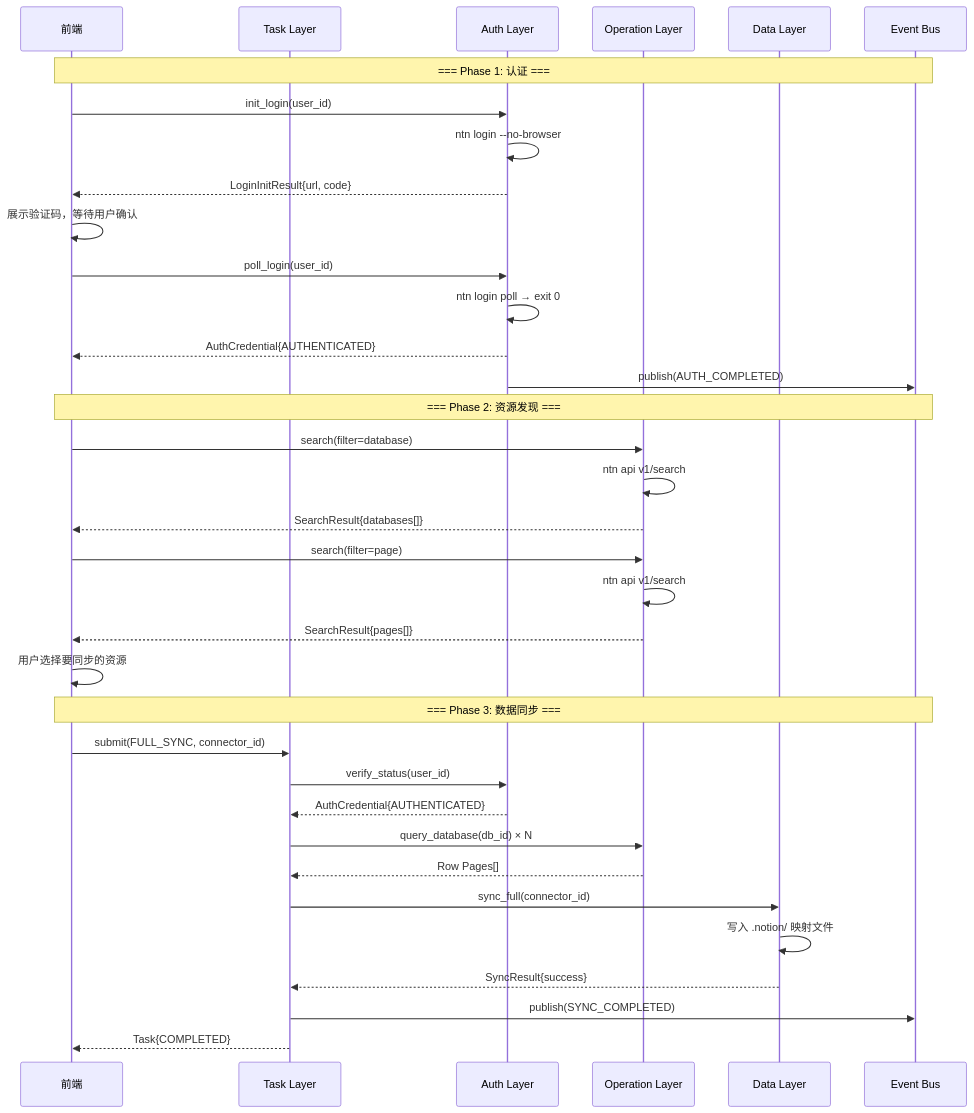
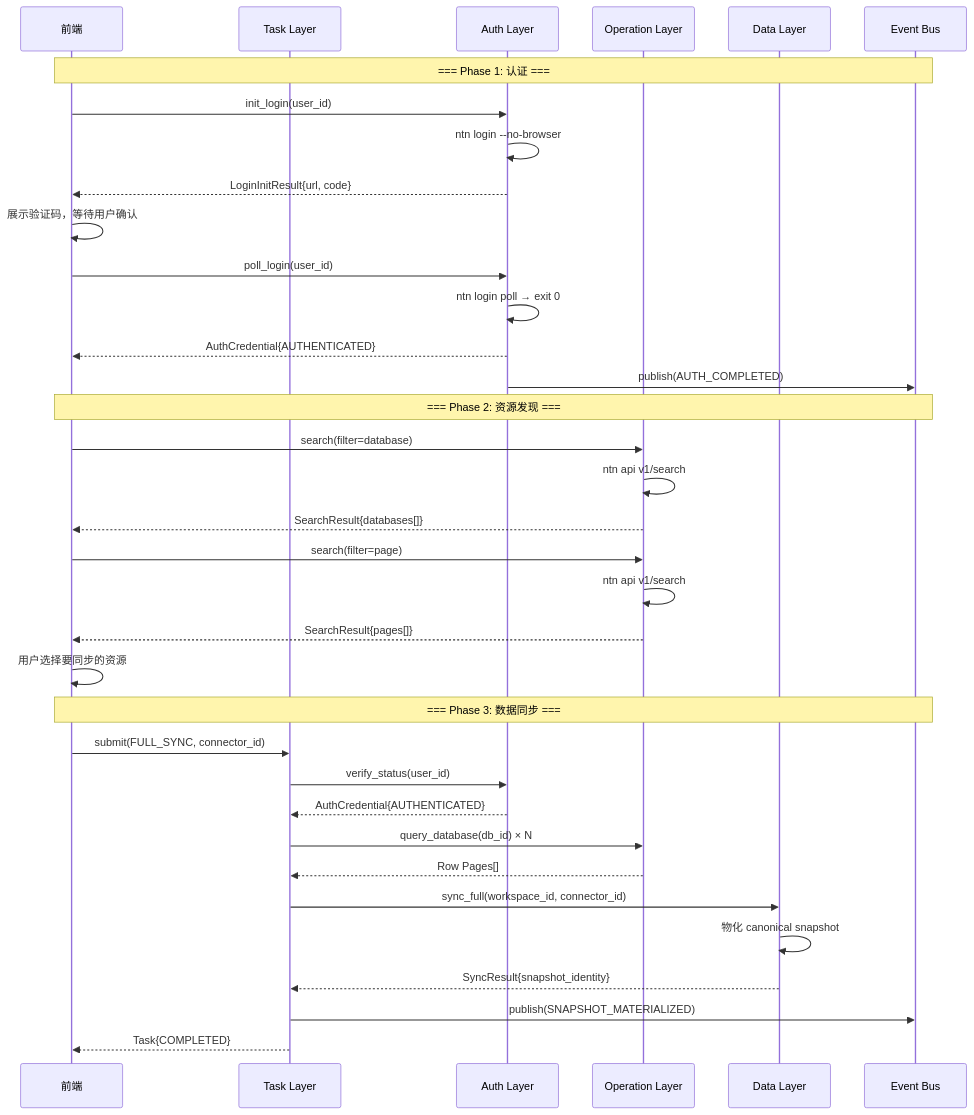
One commit to glide-the/im-dream changed diagram 12 of 18 in docs/design/claude-agent/notion-point/resource-connector-flowcharts.md. Above: the diagram before and after it, drawn with Mermaid. The commit also changed other lines of this file and 16 other files, not shown here.

First line of the commit message:
feat(notion): implement canonical snapshot and resource connector integration

````diff
--- a/docs/design/claude-agent/notion-point/resource-connector-flowcharts.md
+++ b/docs/design/claude-agent/notion-point/resource-connector-flowcharts.md
@@ -370,40 +344,40 @@
 ```mermaid
 sequenceDiagram
     participant FE as 前端
     participant Task as Task Layer
     participant Auth as Auth Layer
     participant Ops as Operation Layer
     participant Data as Data Layer
     participant Bus as Event Bus
 
     Note over FE,Bus: === Phase 1: 认证 ===
     FE->>Auth: init_login(user_id)
     Auth->>Auth: ntn login --no-browser
     Auth-->>FE: LoginInitResult{url, code}
     FE->>FE: 展示验证码，等待用户确认
     FE->>Auth: poll_login(user_id)
     Auth->>Auth: ntn login poll → exit 0
     Auth-->>FE: AuthCredential{AUTHENTICATED}
     Auth->>Bus: publish(AUTH_COMPLETED)
 
     Note over FE,Bus: === Phase 2: 资源发现 ===
     FE->>Ops: search(filter=database)
     Ops->>Ops: ntn api v1/search
     Ops-->>FE: SearchResult{databases[]}
     FE->>Ops: search(filter=page)
     Ops->>Ops: ntn api v1/search
     Ops-->>FE: SearchResult{pages[]}
     FE->>FE: 用户选择要同步的资源
 
     Note over FE,Bus: === Phase 3: 数据同步 ===
     FE->>Task: submit(FULL_SYNC, connector_id)
     Task->>Auth: verify_status(user_id)
     Auth-->>Task: AuthCredential{AUTHENTICATED}
     Task->>Ops: query_database(db_id) × N
     Ops-->>Task: Row Pages[]
-    Task->>Data: sync_full(connector_id)
-    Data->>Data: 写入 .notion/ 映射文件
-    Data-->>Task: SyncResult{success}
-    Task->>Bus: publish(SYNC_COMPLETED)
+    Task->>Data: sync_full(workspace_id, connector_id)
+    Data->>Data: 物化 canonical snapshot
+    Data-->>Task: SyncResult{snapshot_identity}
+    Task->>Bus: publish(SNAPSHOT_MATERIALIZED)
     Task-->>FE: Task{COMPLETED}
 ```
````
